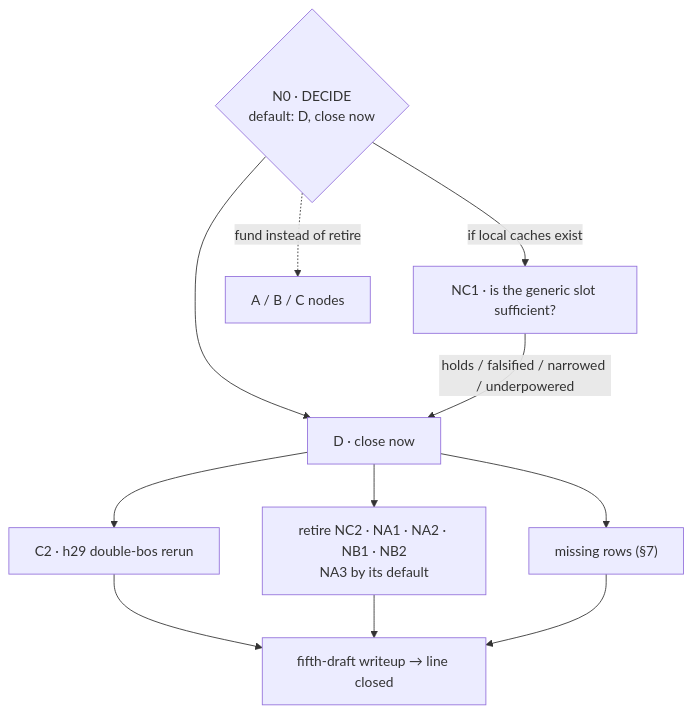
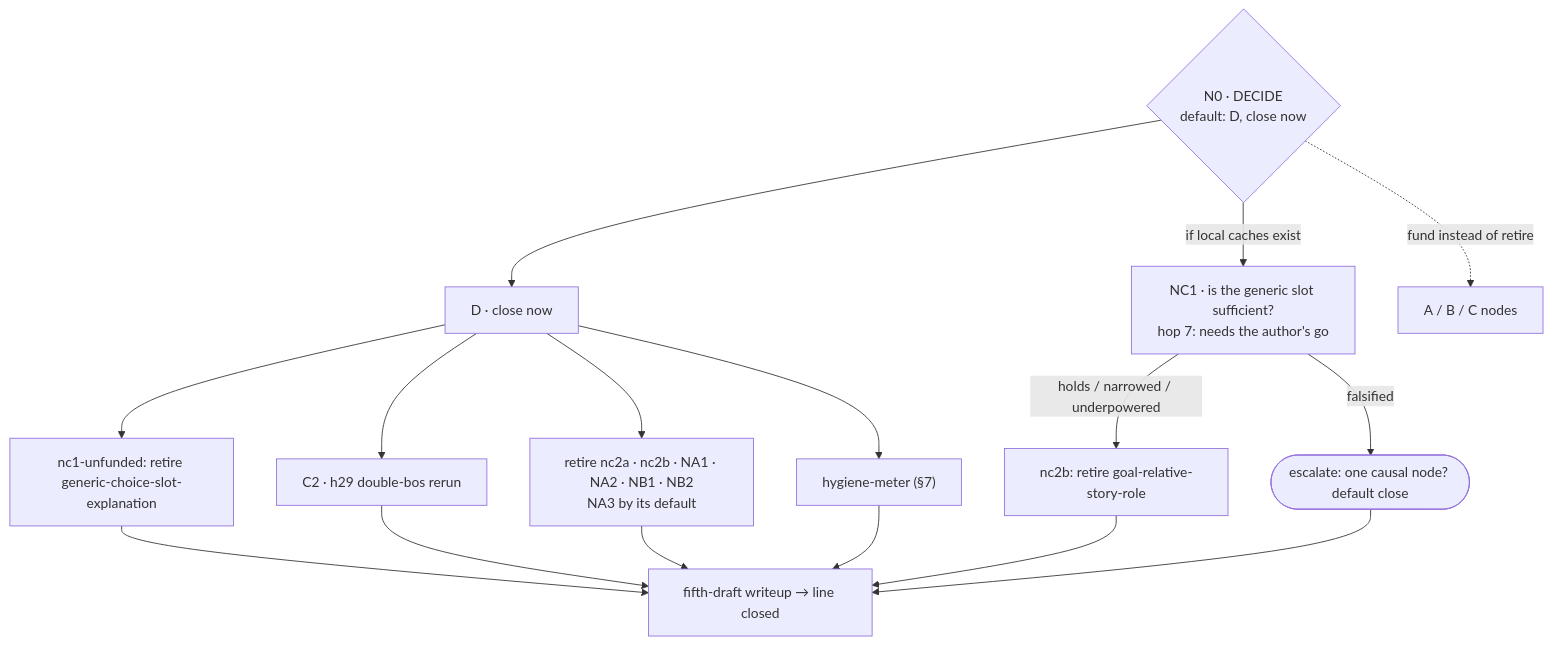
The first of 2 diagrams in docs/PROGRAM_v2.md (bombadil-labs/model-research), drawn with Mermaid before and after one commit. The commit also changed other lines of this file and 6 other files, not shown here.

````diff
--- a/docs/PROGRAM_v2.md
+++ b/docs/PROGRAM_v2.md
@@ -240,14 +243,19 @@
 ```mermaid
 flowchart TD
   N0{"N0 · DECIDE<br/>default: D, close now"}
   N0 --> D["D · close now"]
-  N0 -->|"if local caches exist"| NC1["NC1 · is the generic slot sufficient?"]
+  N0 -->|"if local caches exist"| NC1["NC1 · is the generic slot sufficient?<br/>hop 7: needs the author's go"]
   N0 -.->|"fund instead of retire"| AB["A / B / C nodes"]
-  NC1 -->|"holds / falsified / narrowed / underpowered"| D
+  D --> UF["nc1-unfunded: retire generic-choice-slot-explanation"]
+  NC1 -->|"holds / narrowed / underpowered"| NC2B["nc2b: retire goal-relative-story-role"]
+  NC1 -->|"falsified"| E1(["escalate: one causal node? default close"])
   D --> C2["C2 · h29 double-bos rerun"]
-  D --> RET["retire NC2 · NA1 · NA2 · NB1 · NB2<br/>NA3 by its default"]
-  D --> ROWS["missing rows (§7)"]
-  C2 --> W["fifth-draft writeup → line closed"]
+  D --> RET["retire nc2a · nc2b · NA1 · NA2 · NB1 · NB2<br/>NA3 by its default"]
+  D --> ROWS["hygiene-meter (§7)"]
+  UF --> W["fifth-draft writeup → line closed"]
+  NC2B --> W
+  E1 --> W
+  C2 --> W
   RET --> W
   ROWS --> W
 ```
````
